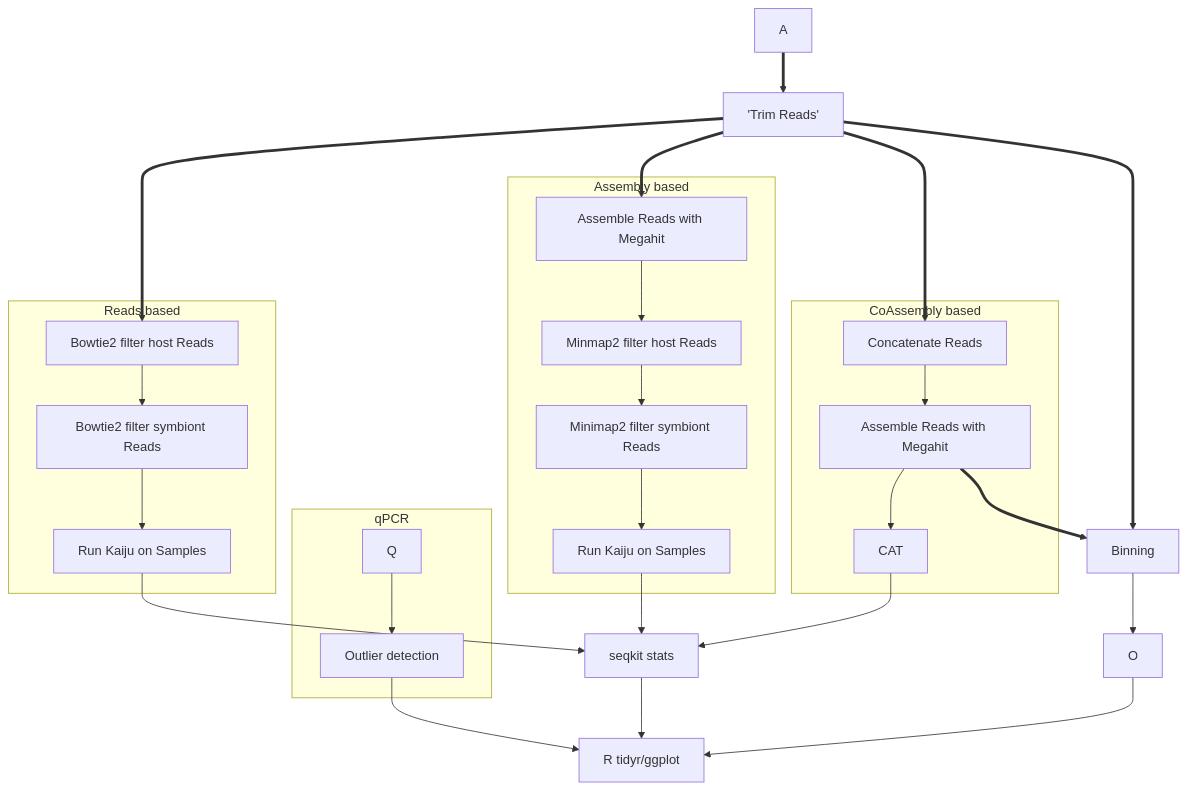
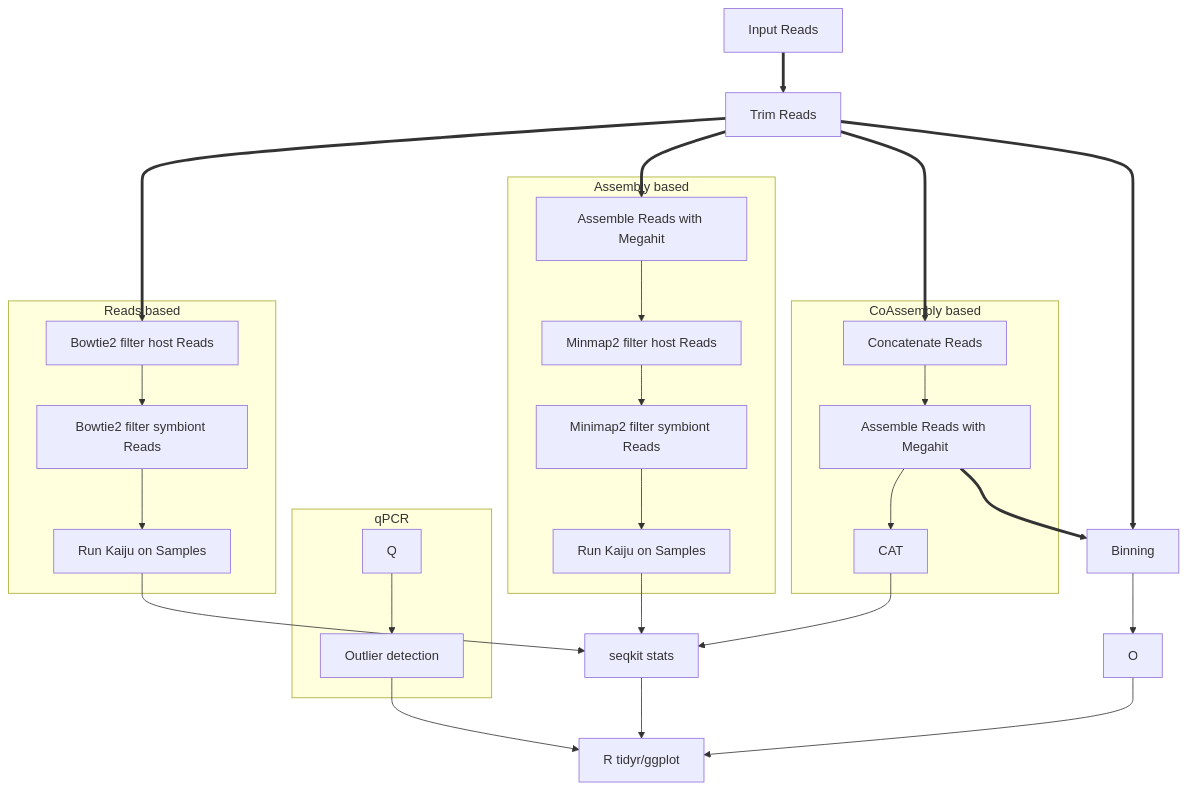
One commit to ColinL1/metaG_EukDepletion changed the diagram in README.md. Above: the diagram before and after it, drawn with Mermaid.

Commit message:
updated README.md to remove animations form mairmaid preview

````diff
--- a/README.md
+++ b/README.md
@@ -7,51 +7,51 @@
 ```mermaid
 
 flowchart TD
 
   subgraph qPCR
   %% Q@{ shape: procs, label: "qPCR Ct data"}
   Q --> R[Outlier detection]
 
   end
   R -->  P
   
   %% A@{ shape: procs, label: "Input Reads"}
-
-  A  ==> B['Trim Reads']
+  A["Input Reads"]
+  A  ==> B["Trim Reads"]
   %% @{ animate: true }
   B ==> C[Bowtie2 filter host Reads]
   
   subgraph Reads based 
 
   C --> D[Bowtie2 filter symbiont Reads]
   D --> E[Run Kaiju on Samples]
   end
   B ==> F[Assemble Reads with Megahit]
   subgraph Assembly based 
   F --> G[Minmap2 filter host Reads]
   G --> H[Minimap2 filter symbiont Reads]
   H --> J[Run Kaiju on Samples]
   end
   B ==> K[Concatenate Reads]
   subgraph CoAssembly based 
   K --> L[Assemble Reads with Megahit]
   L --> M[CAT]
   end
   L ==> N[Binning] 
 
   B ==> N[Binning] 
   %% e6@{ animate: true }
   
   %% O@{ shape: paper-tape, label: "nf-core/mags"} 
 
   N --> O
   
   S --> P[R tidyr/ggplot]
 
   M --> S[seqkit stats]
   E --> S
   J --> S
 
   O --> P
 
 ```
````
